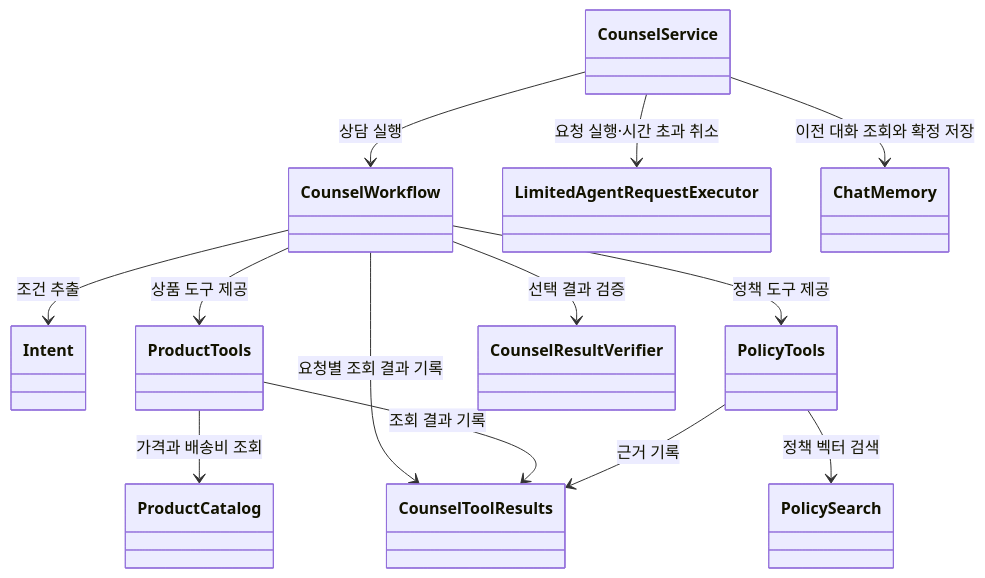
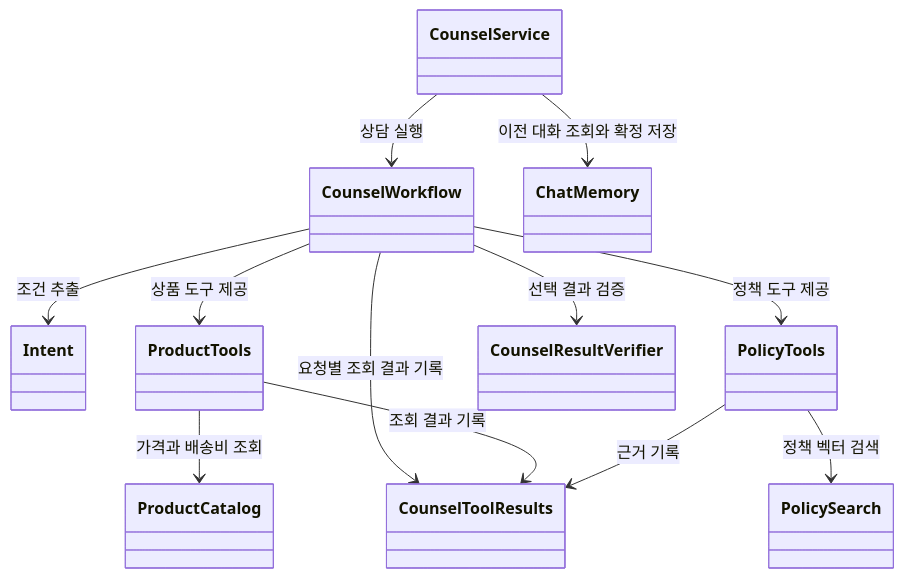
One commit to Justin-ad-Park/SpringShoppingAI changed the first of 2 diagrams in Spring-AI-Agent-Learning/docs/lessons/13-shopping-agent/01-map.md. Above: the diagram before and after it, drawn with Mermaid. The commit also changed other lines of this file and 158 other files, not shown here.

````diff
--- a/Spring-AI-Agent-Learning/docs/lessons/13-shopping-agent/01-map.md
+++ b/Spring-AI-Agent-Learning/docs/lessons/13-shopping-agent/01-map.md
@@ -35,15 +35,14 @@
 ```mermaid
 classDiagram
     CounselService --> CounselWorkflow : 상담 실행
-    CounselService --> LimitedAgentRequestExecutor : 요청 실행·시간 초과 취소
     CounselWorkflow --> Intent : 조건 추출
     CounselService --> ChatMemory : 이전 대화 조회와 확정 저장
     CounselWorkflow --> ProductTools : 상품 도구 제공
     CounselWorkflow --> PolicyTools : 정책 도구 제공
     CounselWorkflow --> CounselToolResults : 요청별 조회 결과 기록
     CounselWorkflow --> CounselResultVerifier : 선택 결과 검증
     ProductTools --> ProductCatalog : 가격과 배송비 조회
     ProductTools --> CounselToolResults : 조회 결과 기록
     PolicyTools --> PolicySearch : 정책 벡터 검색
     PolicyTools --> CounselToolResults : 근거 기록
 ```
````
